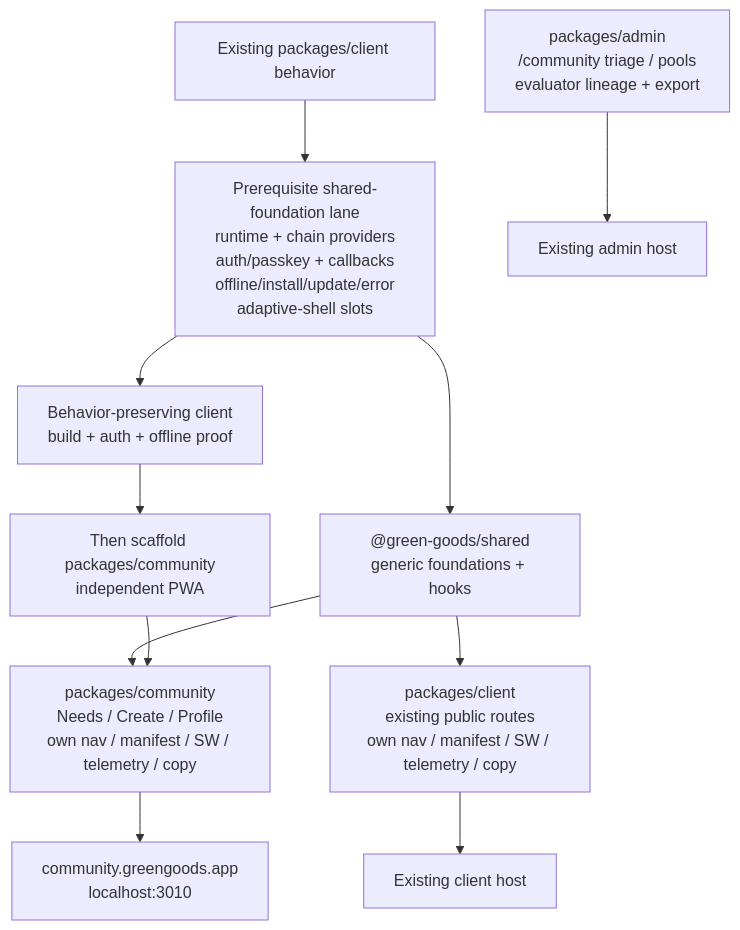
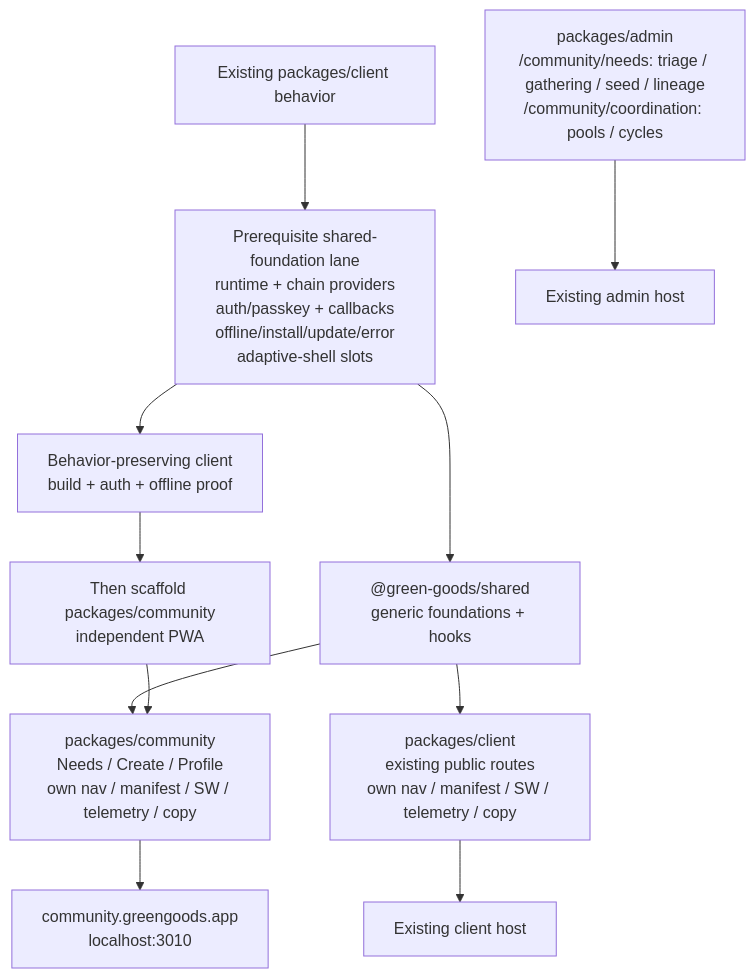
Before and after one commit to greenpill-dev-guild/green-goods: the second of 14 diagrams in .plans/active/community-interface/diagrams.md, drawn with Mermaid. The commit also changed other lines of this file and 35 other files, not shown here.

Commit message:
refactor(shared,client): streamline cross-package application flows

````diff
--- a/.plans/active/community-interface/diagrams.md
+++ b/.plans/active/community-interface/diagrams.md
@@ -78,26 +79,26 @@
 ```mermaid
 flowchart TD
   EXISTING["Existing packages/client behavior"]
   EXTRACT["Prerequisite shared-foundation lane<br/>runtime + chain providers<br/>auth/passkey + callbacks<br/>offline/install/update/error<br/>adaptive-shell slots"]
   PROVE["Behavior-preserving client<br/>build + auth + offline proof"]
   COMMUNITY["Then scaffold packages/community<br/>independent PWA"]
 
   EXISTING --> EXTRACT --> PROVE --> COMMUNITY
 
   SHARED["@green-goods/shared<br/>generic foundations + hooks"]
   CLIENT["packages/client<br/>existing public routes<br/>own nav / manifest / SW / telemetry / copy"]
   CPWA["packages/community<br/>Needs / Create / Profile<br/>own nav / manifest / SW / telemetry / copy"]
-  ADMIN["packages/admin<br/>/community triage / pools<br/>evaluator lineage + export"]
+  ADMIN["packages/admin<br/>/community/needs: triage / gathering / seed / lineage<br/>/community/coordination: pools / cycles"]
 
   EXTRACT --> SHARED
   SHARED --> CLIENT
   SHARED --> CPWA
   COMMUNITY --> CPWA
 
   HOST1["Existing client host"]
   HOST2["community.greengoods.app<br/>localhost:3010"]
   HOST3["Existing admin host"]
   CLIENT --> HOST1
   CPWA --> HOST2
   ADMIN --> HOST3
 ```
````
